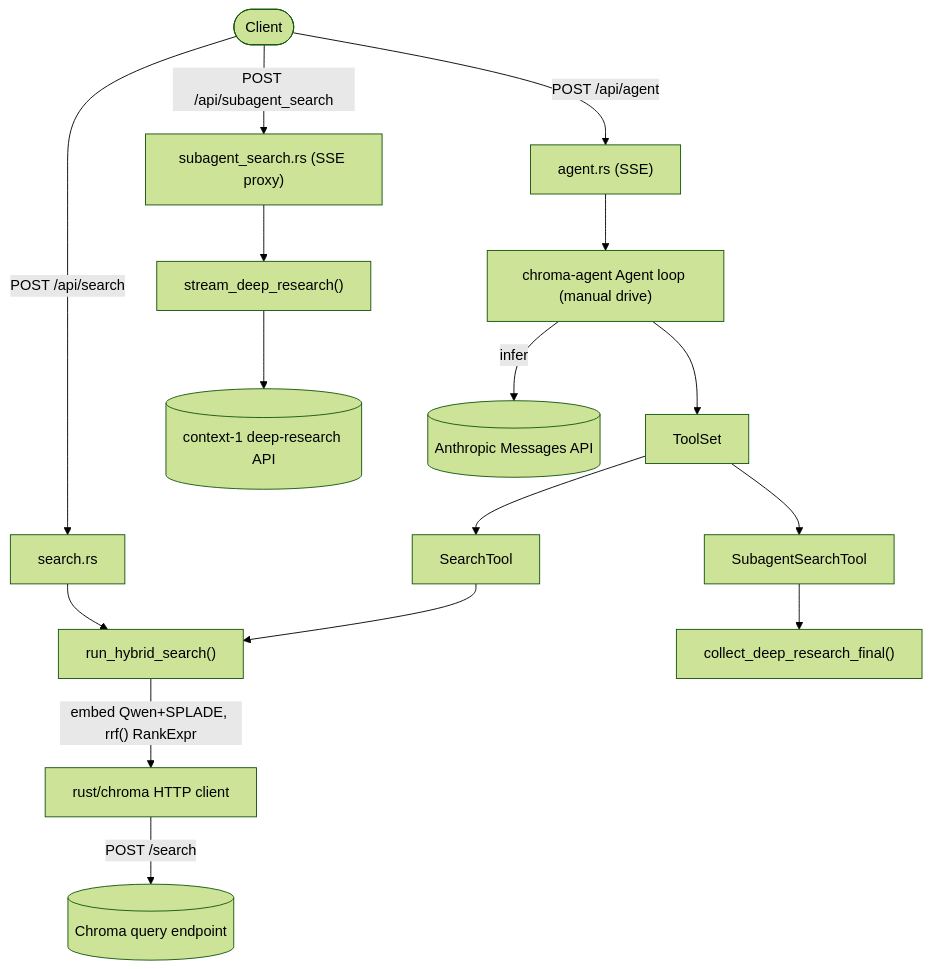
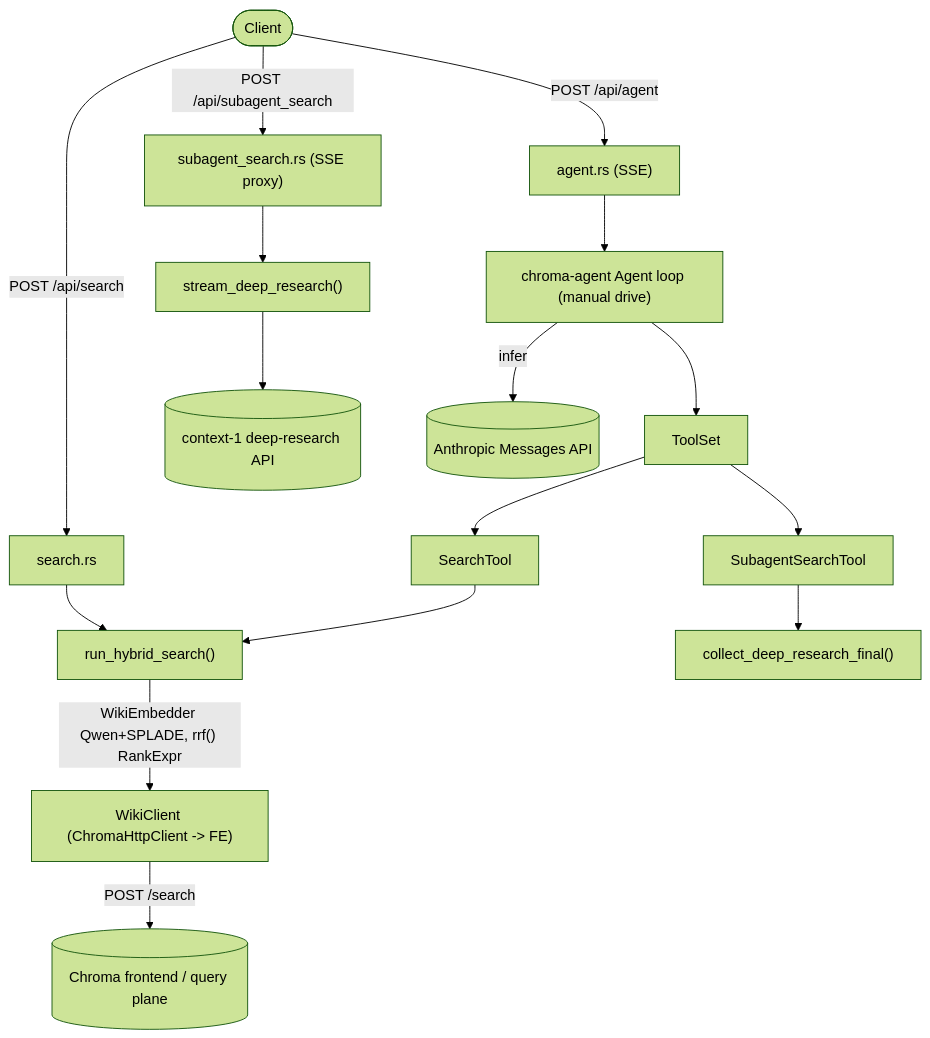
The first of 2 diagrams in plans/foundation_agent_and_tools_d6d72ead.plan.md (chroma-core/chroma), drawn with Mermaid (forest theme) before and after one commit. The commit also changed other lines of this file and 3 other files, not shown here.

````diff
--- a/plans/foundation_agent_and_tools_d6d72ead.plan.md
+++ b/plans/foundation_agent_and_tools_d6d72ead.plan.md
@@ -52,21 +58,21 @@
 ```mermaid
 flowchart TD
     client([Client]) -->|POST /api/agent| agentRoute["agent.rs (SSE)"]
     client -->|POST /api/search| searchRoute["search.rs"]
     client -->|POST /api/subagent_search| subRoute["subagent_search.rs (SSE proxy)"]
 
     agentRoute --> loop["chroma-agent Agent loop (manual drive)"]
     loop --> tools["ToolSet"]
     tools --> searchTool["SearchTool"]
     tools --> subTool["SubagentSearchTool"]
 
     searchRoute --> searchCore["run_hybrid_search()"]
     searchTool --> searchCore
     subRoute --> drCore["stream_deep_research()"]
     subTool --> drCollect["collect_deep_research_final()"]
 
-    searchCore -->|"embed Qwen+SPLADE, rrf() RankExpr"| chromaClient["rust/chroma HTTP client"]
-    chromaClient -->|"POST /search"| chromaQuery[(Chroma query endpoint)]
+    searchCore -->|"WikiEmbedder Qwen+SPLADE, rrf() RankExpr"| wikiClient["WikiClient (ChromaHttpClient -> FE)"]
+    wikiClient -->|"POST /search"| chromaQuery[(Chroma frontend / query plane)]
     drCore --> deepApi[(context-1 deep-research API)]
     loop -->|infer| anthropic[(Anthropic Messages API)]
 ```
````
